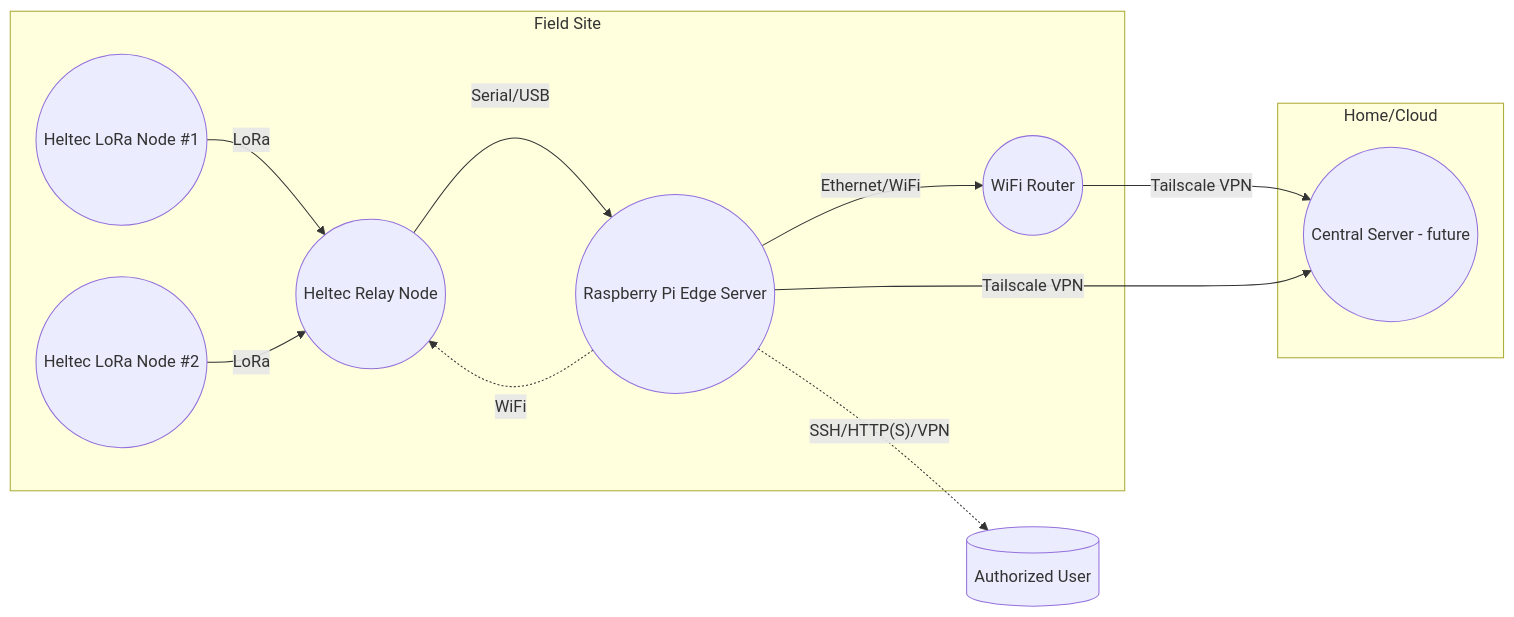
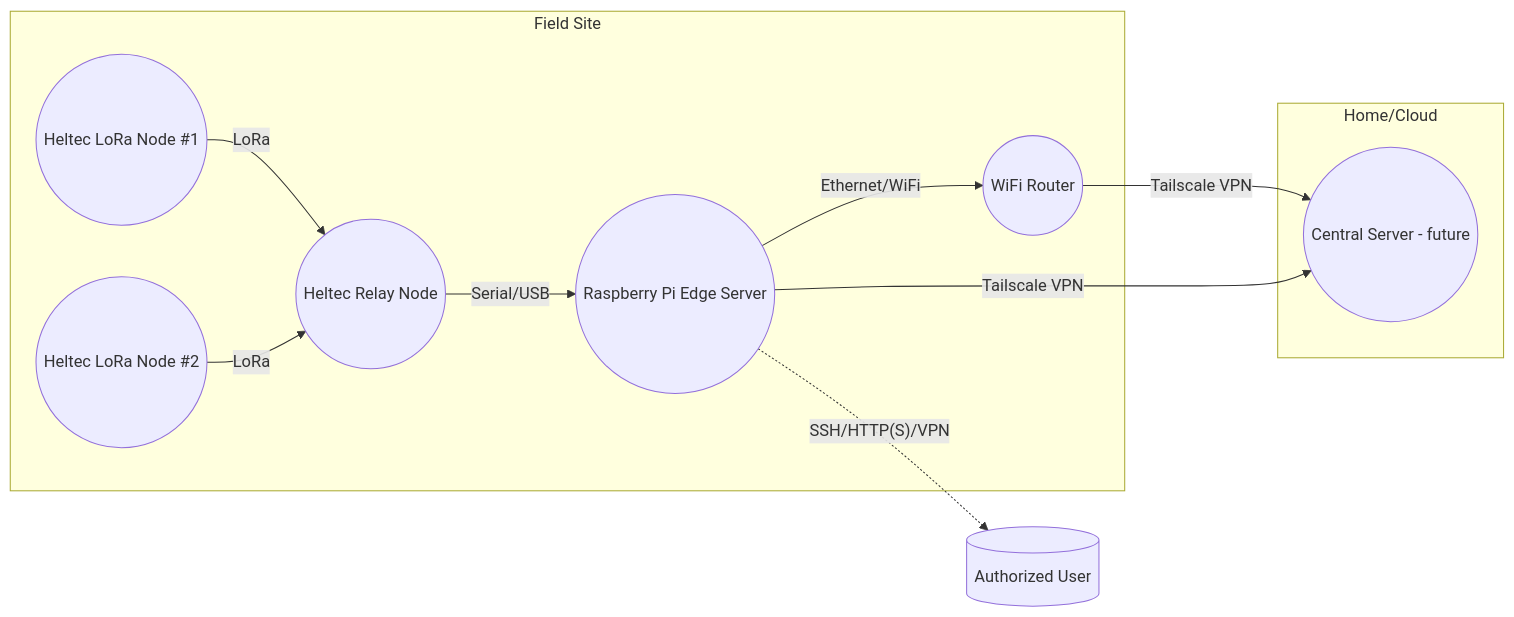
The diagram in docs/01_overview.md (kisinga/far-mon), drawn with Mermaid before and after one commit.

````diff
--- a/docs/01_overview.md
+++ b/docs/01_overview.md
@@ -9,22 +9,21 @@
 ```mermaid
 graph LR
   subgraph Field Site
     RemoteSensor1((Heltec LoRa Node #1))
     RemoteSensor2((Heltec LoRa Node #2))
     RelayNode((Heltec Relay Node))
     Pi((Raspberry Pi Edge Server))
     Router((WiFi Router))
   end
   subgraph Home/Cloud
     CoreServer((Central Server - future))
   end
 
   RemoteSensor1 -- LoRa --> RelayNode
   RemoteSensor2 -- LoRa --> RelayNode
   RelayNode -- Serial/USB --> Pi
   Pi -- Ethernet/WiFi --> Router
   Router -- Tailscale VPN --> CoreServer
   Pi -- Tailscale VPN --> CoreServer
   Pi -. SSH/HTTP(S)/VPN .-> User[(Authorized User)]
-  Pi -. WiFi .-> RelayNode
 ```
````
